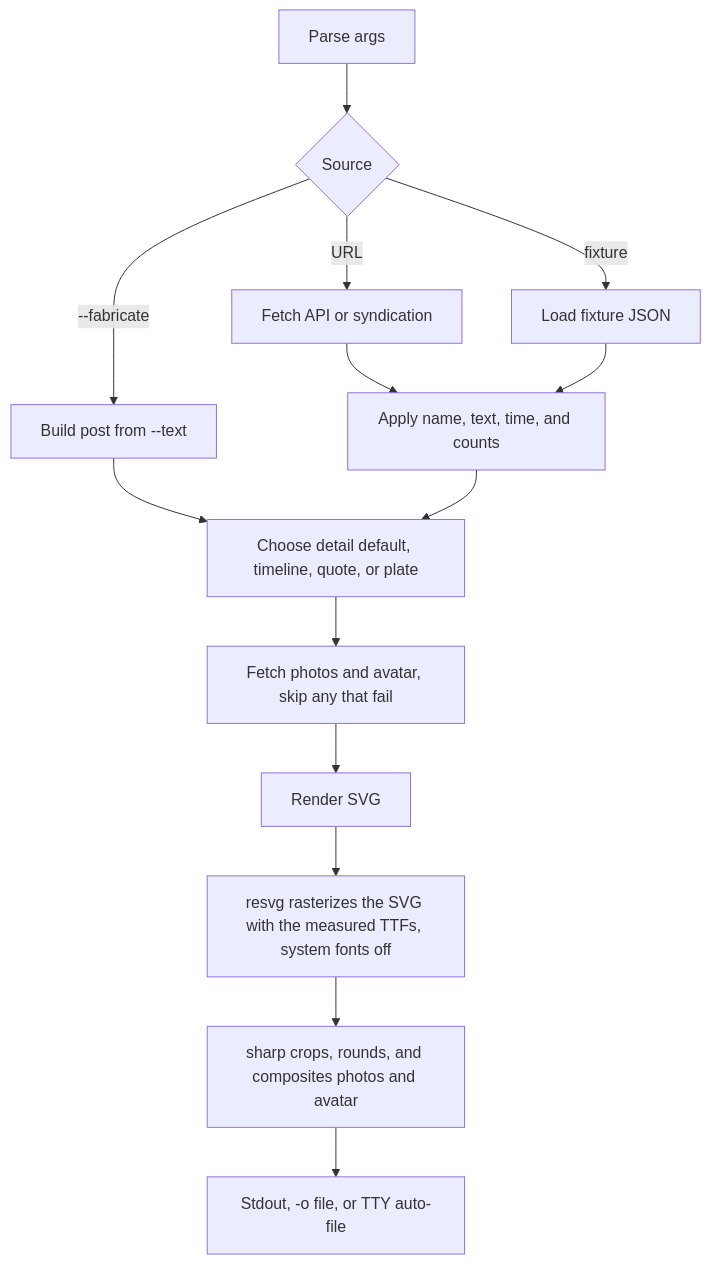
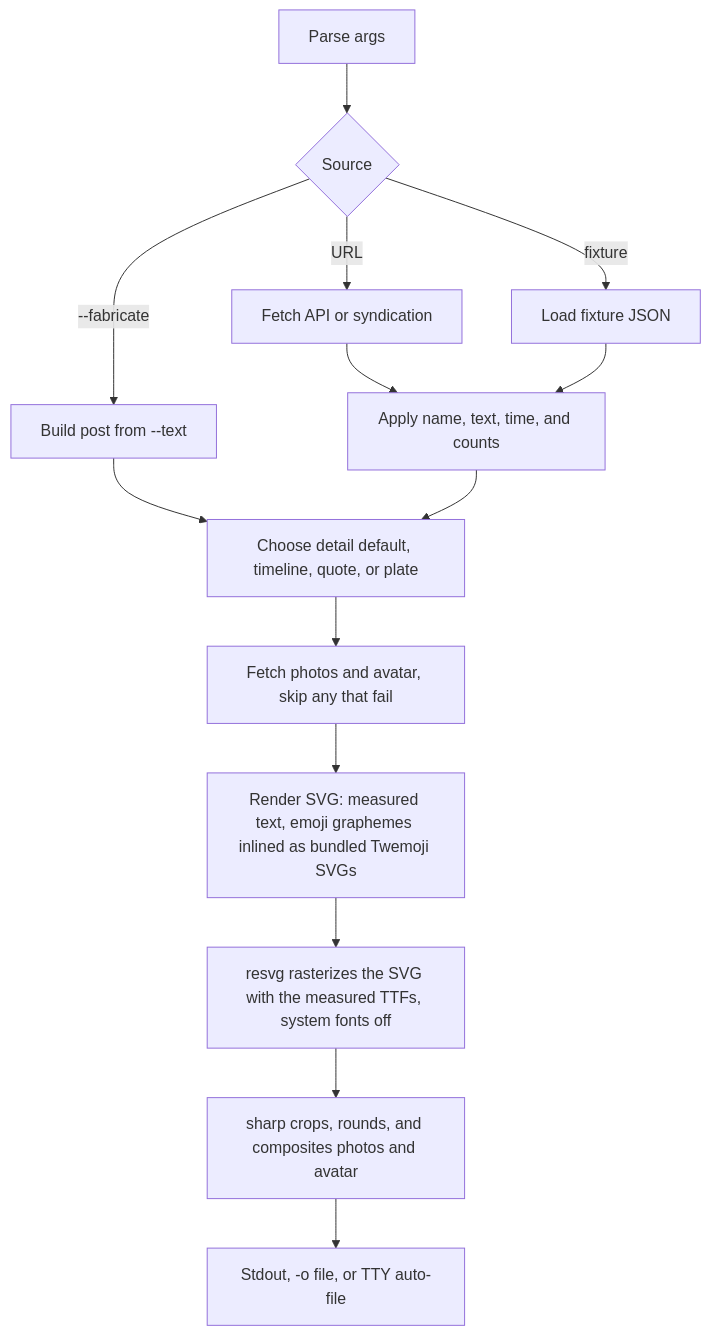
The diagram in docs/architecture.md (jspeaks/xpostplate), drawn with Mermaid before and after one commit. The commit also changed other lines of this file and 4 other files, not shown here.

Commit message:
docs: color emoji in README, skill, FAB, and architecture; Twemoji CC-BY 4.0 attribution

````diff
--- a/docs/architecture.md
+++ b/docs/architecture.md
@@ -5,16 +5,16 @@
 ```mermaid
 flowchart TD
   args[Parse args] --> source{Source}
   source -->|URL| fetch[Fetch API or syndication]
   source -->|fixture| fixture[Load fixture JSON]
   source -->|--fabricate| made[Build post from --text]
   fetch --> overrides[Apply name, text, time, and counts]
   fixture --> overrides
   made --> view[Choose detail default, timeline, quote, or plate]
   overrides --> view
   view --> images[Fetch photos and avatar, skip any that fail]
-  images --> svg[Render SVG]
+  images --> svg[Render SVG: measured text, emoji graphemes inlined as bundled Twemoji SVGs]
   svg --> resvg[resvg rasterizes the SVG with the measured TTFs, system fonts off]
   resvg --> sharp[sharp crops, rounds, and composites photos and avatar]
   sharp --> out[Stdout, -o file, or TTY auto-file]
 ```
````
